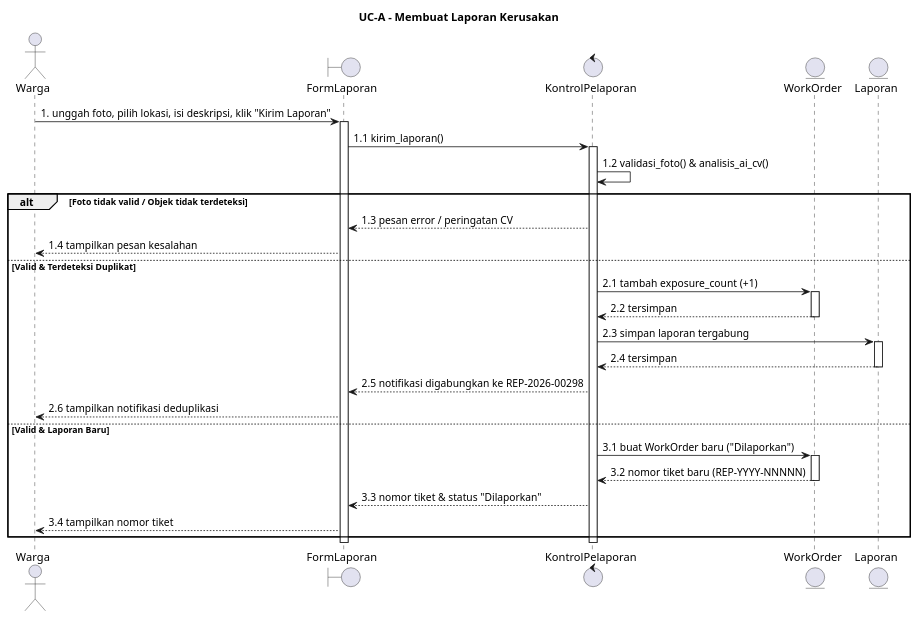
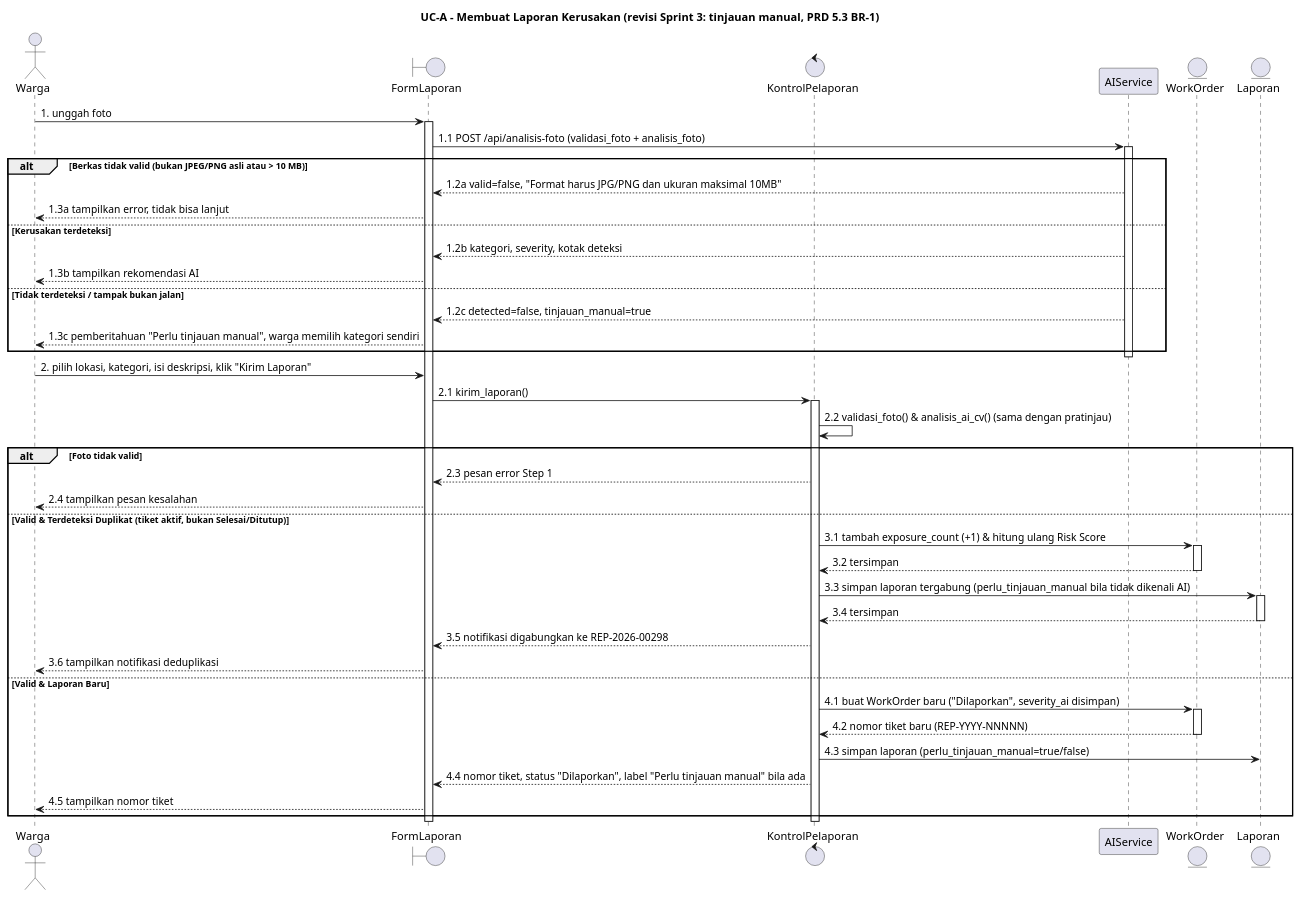
One commit to AgilePemdigi-2026/SCMS-AI-PPL-PRAK changed the diagram in docs/sequence_diagrams/uc_a_buat_laporan.puml. Above: the diagram before and after it, drawn with PlantUML. The commit also changed 39 other files, not shown here.

Commit message:
feat(sprint3): hitung ulang risk score dari inspeksi (CO-1), status Ditutup, dan tinjauan manual (CO-4)

```diff
--- a/docs/sequence_diagrams/uc_a_buat_laporan.puml
+++ b/docs/sequence_diagrams/uc_a_buat_laporan.puml
@@ -1,41 +1,58 @@
 @startuml
-title UC-A - Membuat Laporan Kerusakan
+title UC-A - Membuat Laporan Kerusakan (revisi Sprint 3: tinjauan manual, PRD 5.3 BR-1)
 
 actor Warga
 boundary FormLaporan
 control KontrolPelaporan
+participant AIService
 entity WorkOrder
 entity Laporan
 
-Warga -> FormLaporan : 1. unggah foto, pilih lokasi, isi deskripsi, klik "Kirim Laporan"
+Warga -> FormLaporan : 1. unggah foto
 activate FormLaporan
-FormLaporan -> KontrolPelaporan : 1.1 kirim_laporan()
+FormLaporan -> AIService : 1.1 POST /api/analisis-foto (validasi_foto + analisis_foto)
+activate AIService
+alt Berkas tidak valid (bukan JPEG/PNG asli atau > 10 MB)
+    AIService --> FormLaporan : 1.2a valid=false, "Format harus JPG/PNG dan ukuran maksimal 10MB"
+    FormLaporan --> Warga : 1.3a tampilkan error, tidak bisa lanjut
+else Kerusakan terdeteksi
+    AIService --> FormLaporan : 1.2b kategori, severity, kotak deteksi
+    FormLaporan --> Warga : 1.3b tampilkan rekomendasi AI
+else Tidak terdeteksi / tampak bukan jalan
+    AIService --> FormLaporan : 1.2c detected=false, tinjauan_manual=true
+    FormLaporan --> Warga : 1.3c pemberitahuan "Perlu tinjauan manual", warga memilih kategori sendiri
+end
+deactivate AIService
+
+Warga -> FormLaporan : 2. pilih lokasi, kategori, isi deskripsi, klik "Kirim Laporan"
+FormLaporan -> KontrolPelaporan : 2.1 kirim_laporan()
 activate KontrolPelaporan
-KontrolPelaporan -> KontrolPelaporan : 1.2 validasi_foto() & analisis_ai_cv()
+KontrolPelaporan -> KontrolPelaporan : 2.2 validasi_foto() & analisis_ai_cv() (sama dengan pratinjau)
 
-alt Foto tidak valid / Objek tidak terdeteksi
-    KontrolPelaporan --> FormLaporan : 1.3 pesan error / peringatan CV
-    FormLaporan --> Warga : 1.4 tampilkan pesan kesalahan
-else Valid & Terdeteksi Duplikat
-    KontrolPelaporan -> WorkOrder : 2.1 tambah exposure_count (+1)
+alt Foto tidak valid
+    KontrolPelaporan --> FormLaporan : 2.3 pesan error Step 1
+    FormLaporan --> Warga : 2.4 tampilkan pesan kesalahan
+else Valid & Terdeteksi Duplikat (tiket aktif, bukan Selesai/Ditutup)
+    KontrolPelaporan -> WorkOrder : 3.1 tambah exposure_count (+1) & hitung ulang Risk Score
     activate WorkOrder
-    WorkOrder --> KontrolPelaporan : 2.2 tersimpan
+    WorkOrder --> KontrolPelaporan : 3.2 tersimpan
     deactivate WorkOrder
-    KontrolPelaporan -> Laporan : 2.3 simpan laporan tergabung
+    KontrolPelaporan -> Laporan : 3.3 simpan laporan tergabung (perlu_tinjauan_manual bila tidak dikenali AI)
     activate Laporan
-    Laporan --> KontrolPelaporan : 2.4 tersimpan
+    Laporan --> KontrolPelaporan : 3.4 tersimpan
     deactivate Laporan
-    KontrolPelaporan --> FormLaporan : 2.5 notifikasi digabungkan ke REP-2026-00298
-    FormLaporan --> Warga : 2.6 tampilkan notifikasi deduplikasi
+    KontrolPelaporan --> FormLaporan : 3.5 notifikasi digabungkan ke REP-2026-00298
+    FormLaporan --> Warga : 3.6 tampilkan notifikasi deduplikasi
 else Valid & Laporan Baru
-    KontrolPelaporan -> WorkOrder : 3.1 buat WorkOrder baru ("Dilaporkan")
+    KontrolPelaporan -> WorkOrder : 4.1 buat WorkOrder baru ("Dilaporkan", severity_ai disimpan)
     activate WorkOrder
-    WorkOrder --> KontrolPelaporan : 3.2 nomor tiket baru (REP-YYYY-NNNNN)
+    WorkOrder --> KontrolPelaporan : 4.2 nomor tiket baru (REP-YYYY-NNNNN)
     deactivate WorkOrder
-    KontrolPelaporan --> FormLaporan : 3.3 nomor tiket & status "Dilaporkan"
-    FormLaporan --> Warga : 3.4 tampilkan nomor tiket
+    KontrolPelaporan -> Laporan : 4.3 simpan laporan (perlu_tinjauan_manual=true/false)
+    KontrolPelaporan --> FormLaporan : 4.4 nomor tiket, status "Dilaporkan", label "Perlu tinjauan manual" bila ada
+    FormLaporan --> Warga : 4.5 tampilkan nomor tiket
 end
 
 deactivate KontrolPelaporan
 deactivate FormLaporan
 @enduml
```
